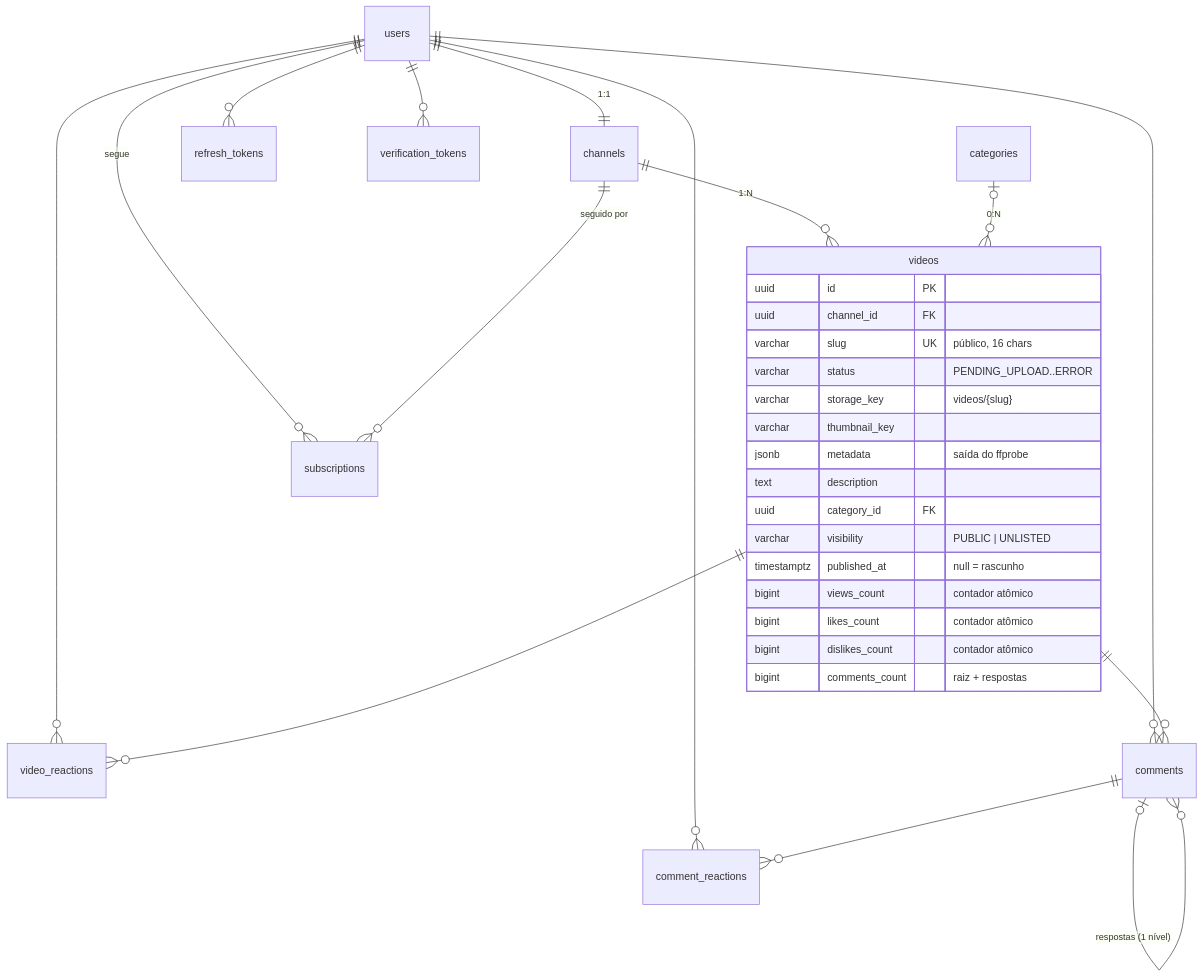
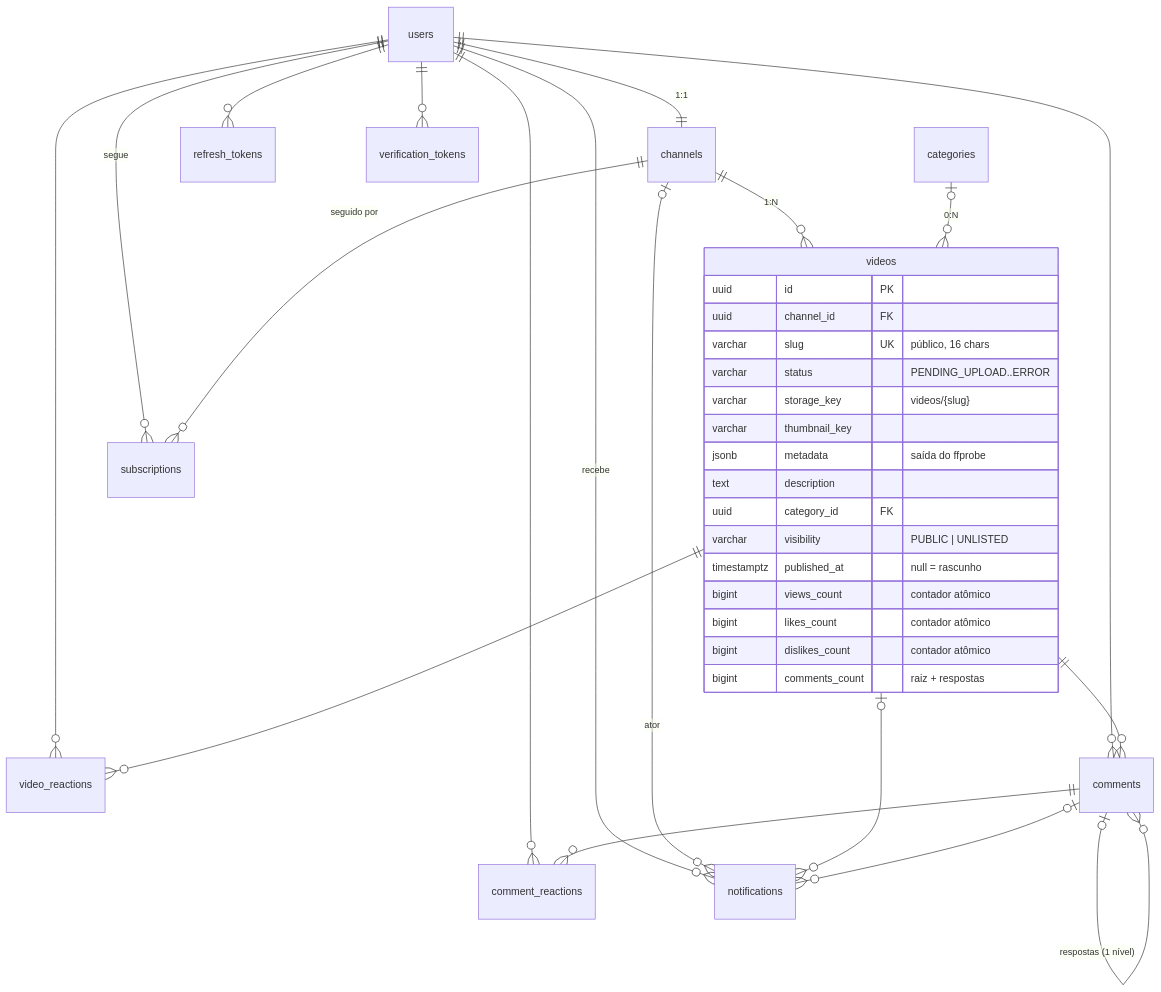
Before and after one commit to agneto/streamtube-java: the third of 3 diagrams in docs/system-design.md, drawn with Mermaid. The commit also changed other lines of this file and 26 other files, not shown here.

````diff
--- a/docs/system-design.md
+++ b/docs/system-design.md
@@ -205,35 +205,39 @@
 ```mermaid
 erDiagram
     users ||--|| channels : "1:1"
     channels ||--o{ videos : "1:N"
     categories |o--o{ videos : "0:N"
     users ||--o{ refresh_tokens : ""
     users ||--o{ verification_tokens : ""
     users ||--o{ video_reactions : ""
     users ||--o{ comments : ""
     users ||--o{ comment_reactions : ""
     users ||--o{ subscriptions : "segue"
     channels ||--o{ subscriptions : "seguido por"
     videos ||--o{ video_reactions : ""
     videos ||--o{ comments : ""
     comments |o--o{ comments : "respostas (1 nível)"
     comments ||--o{ comment_reactions : ""
+    users ||--o{ notifications : "recebe"
+    channels |o--o{ notifications : "ator"
+    videos |o--o{ notifications : ""
+    comments |o--o{ notifications : ""
 
     videos {
         uuid id PK
         uuid channel_id FK
         varchar slug UK "público, 16 chars"
         varchar status "PENDING_UPLOAD..ERROR"
         varchar storage_key "videos/{slug}"
         varchar thumbnail_key
         jsonb metadata "saída do ffprobe"
         text description
         uuid category_id FK
         varchar visibility "PUBLIC | UNLISTED"
         timestamptz published_at "null = rascunho"
         bigint views_count "contador atômico"
         bigint likes_count "contador atômico"
         bigint dislikes_count "contador atômico"
         bigint comments_count "raiz + respostas"
     }
 ```
````
